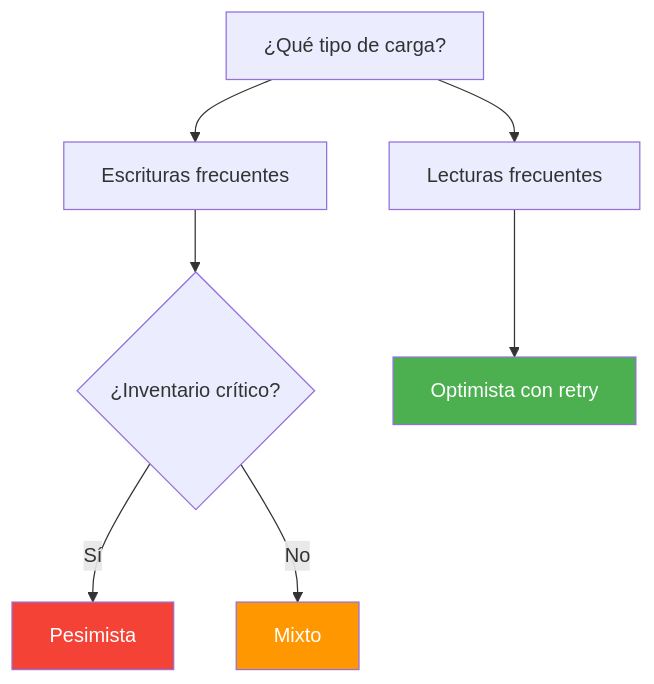
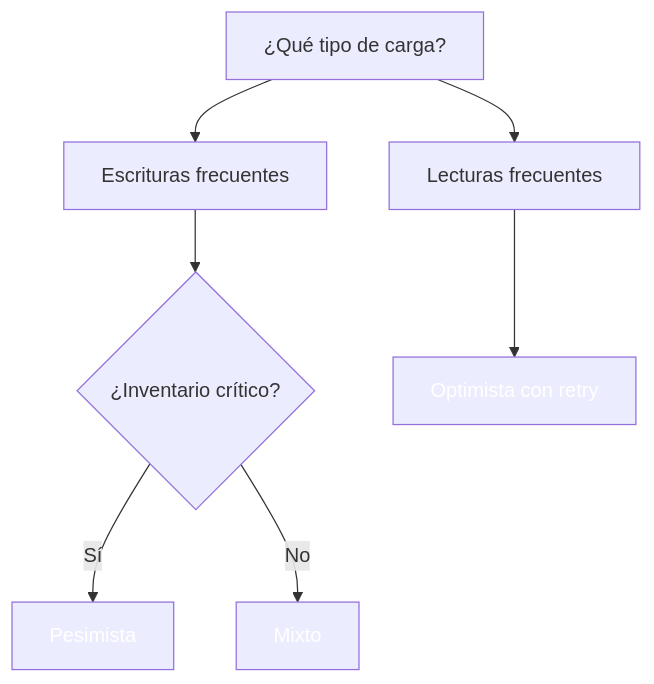
The seventh of 8 diagrams in 15-transacciones-identificadores.md (joseluisgs/DesarrolloWebEntornosServidor-02-2026-2027), drawn with Mermaid before and after one commit. The commit also changed other lines of this file and 41 other files, not shown here.

````diff
--- a/15-transacciones-identificadores.md
+++ b/15-transacciones-identificadores.md
@@ -334,12 +334,12 @@
 ```mermaid
 flowchart TD
     A["¿Qué tipo de carga?"] --> B["Escrituras frecuentes"]
     A --> C["Lecturas frecuentes"]
     B --> D{"¿Inventario crítico?"}
     D -->|Sí| E["Pesimista"]
     D -->|No| F["Mixto"]
     C --> G["Optimista con retry"]
-    style E fill:#F44336,color:#fff
-    style F fill:#FF9800,color:#fff
-    style G fill:#4CAF50,color:#fff
+    style E fill:#F4433,color:#fff6,color:#fff
+    style F fill:#FF980,color:#fff0,color:#fff
+    style G fill:#4CAF5,color:#fff0,color:#fff
 ```
````
